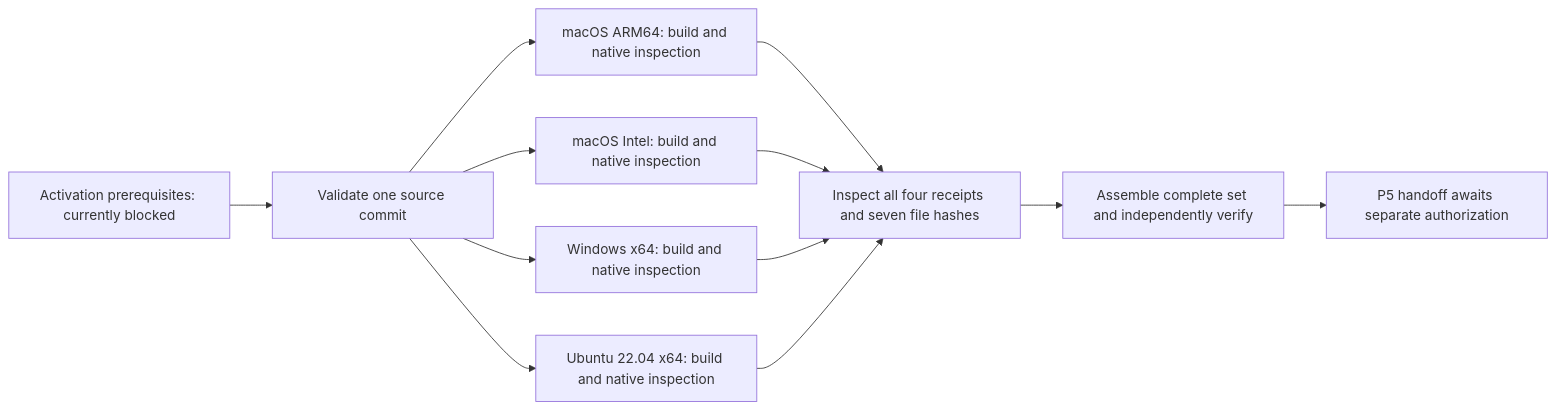
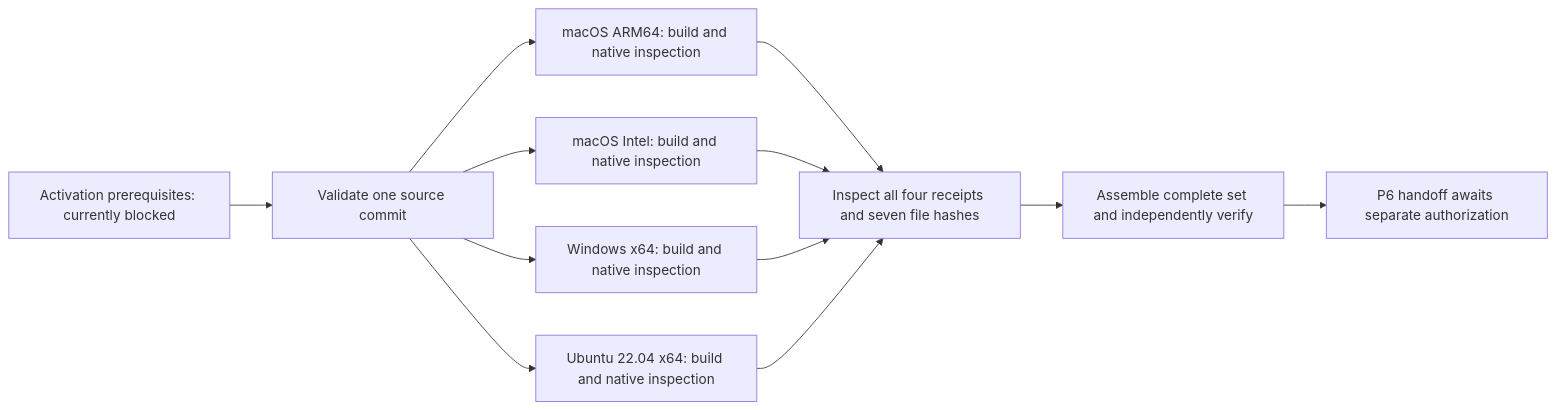
One commit to iMilad/cloud-burrito changed the diagram in docs/packaging/ci-orchestration.md. Above: the diagram before and after it, drawn with Mermaid. The commit also changed other lines of this file and 26 other files, not shown here.

````diff
--- a/docs/packaging/ci-orchestration.md
+++ b/docs/packaging/ci-orchestration.md
@@ -15,14 +15,14 @@
 ```mermaid
 flowchart LR
     A[Activation prerequisites: currently blocked] --> V[Validate one source commit]
     V --> M1[macOS ARM64: build and native inspection]
     V --> M2[macOS Intel: build and native inspection]
     V --> W[Windows x64: build and native inspection]
     V --> L[Ubuntu 22.04 x64: build and native inspection]
     M1 --> I[Inspect all four receipts and seven file hashes]
     M2 --> I
     W --> I
     L --> I
     I --> C[Assemble complete set and independently verify]
-    C --> H[P5 handoff awaits separate authorization]
+    C --> H[P6 handoff awaits separate authorization]
 ```
````
